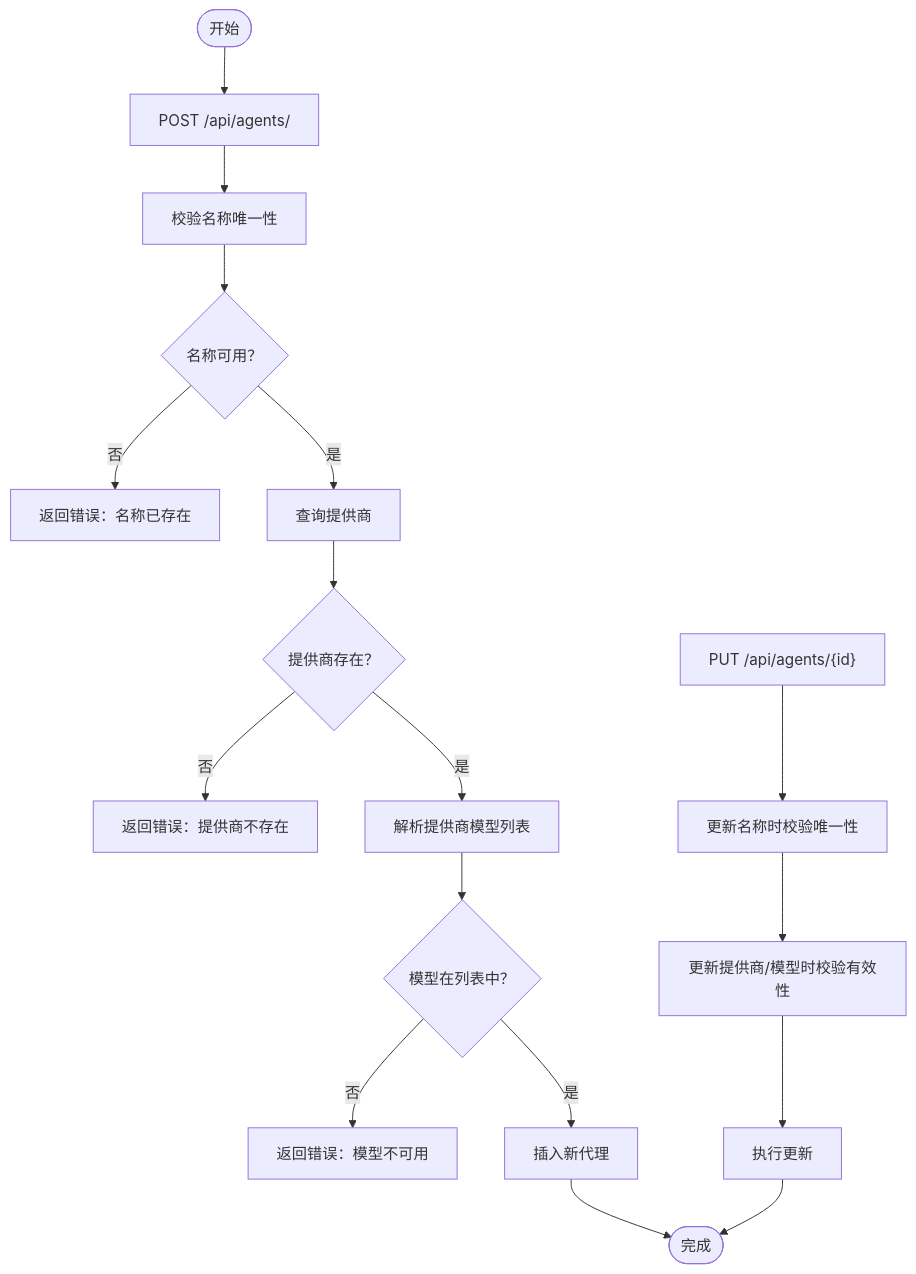
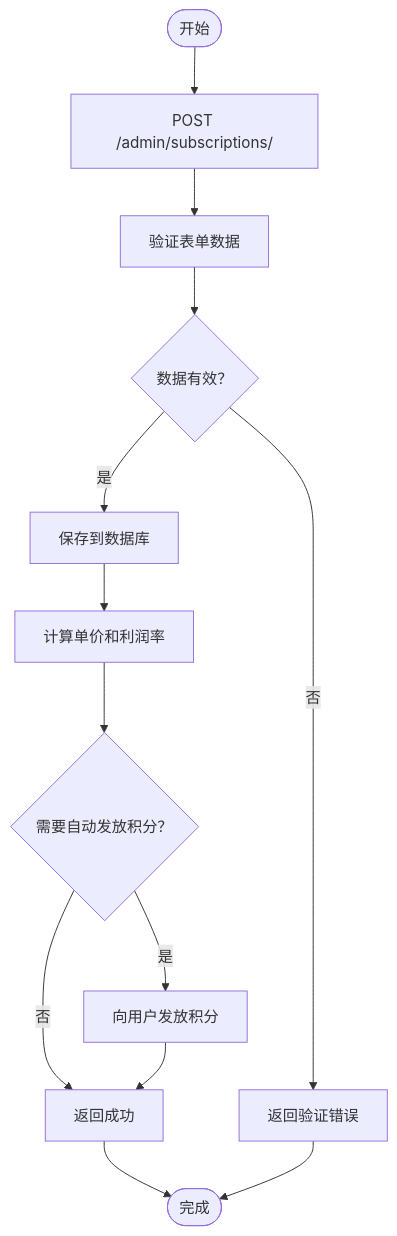
The fifth of 11 diagrams in .qoder/repowiki/zh/content/后台管理系统/后台管理系统.md (KunLabAI/KunFlix), drawn with Mermaid before and after one commit. The commit also changed other lines of this file and 25 other files, not shown here.

````diff
--- a/.qoder/repowiki/zh/content/后台管理系统/后台管理系统.md
+++ b/.qoder/repowiki/zh/content/后台管理系统/后台管理系统.md
@@ -238,19 +325,15 @@
 ```mermaid
 flowchart TD
-Start(["开始"]) --> Create["POST /api/agents/"]
-Create --> CheckName["校验名称唯一性"]
-CheckName --> NameOK{"名称可用？"}
-NameOK --> |否| ErrName["返回错误：名称已存在"]
-NameOK --> |是| CheckProv["查询提供商"]
-CheckProv --> ProvFound{"提供商存在？"}
-ProvFound --> |否| ErrProv["返回错误：提供商不存在"]
-ProvFound --> |是| LoadModels["解析提供商模型列表"]
-LoadModels --> ModelIn{"模型在列表中？"}
-ModelIn --> |否| ErrModel["返回错误：模型不可用"]
-ModelIn --> |是| Insert["插入新代理"]
-Insert --> Done(["完成"])
-Update["PUT /api/agents/{id}"] --> CheckUpdateName["更新名称时校验唯一性"]
-CheckUpdateName --> CheckProv2["更新提供商/模型时校验有效性"]
-CheckProv2 --> UpdateExec["执行更新"]
-UpdateExec --> Done
+Start(["开始"]) --> Create["POST /admin/subscriptions/"]
+Create --> Validate["验证表单数据"]
+Validate --> Valid{"数据有效？"}
+Valid --> |否| Error["返回验证错误"]
+Valid --> |是| Save["保存到数据库"]
+Save --> Calculate["计算单价和利润率"]
+Calculate --> AutoGrant{"需要自动发放积分？"}
+AutoGrant --> |是| Grant["向用户发放积分"]
+AutoGrant --> |否| Success["返回成功"]
+Grant --> Success
+Success --> End(["完成"])
+Error --> End
 ```
````
